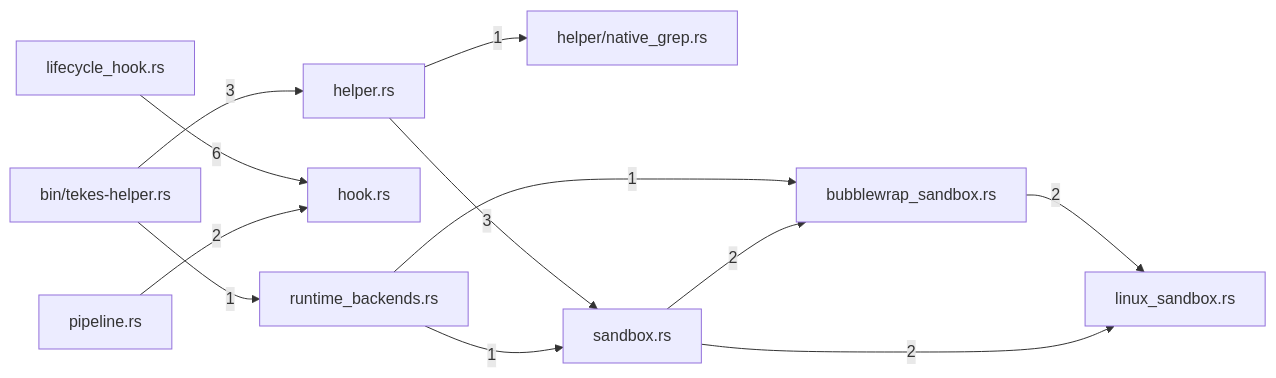
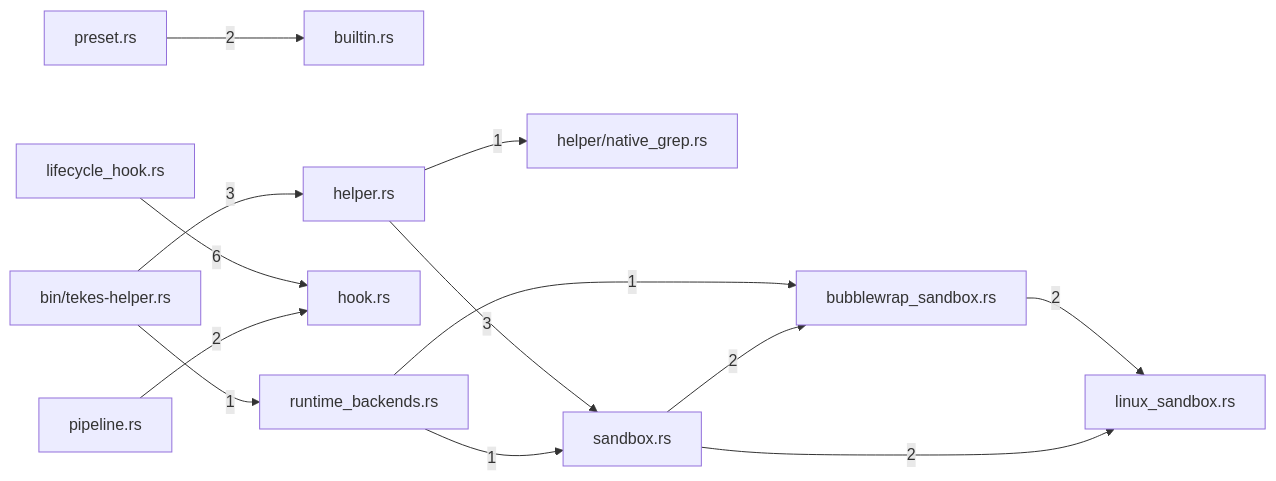
The diagram in crates/tools/docs/generated/index.md (TekesApps/TekesKernel), drawn with Mermaid before and after one commit. The commit also changed other lines of this file and 59 other files, not shown here.

````diff
--- a/crates/tools/docs/generated/index.md
+++ b/crates/tools/docs/generated/index.md
@@ -63,24 +63,27 @@
 ```mermaid
 flowchart LR
   m0["bin/tekes-helper.rs"]
   m1["bubblewrap_sandbox.rs"]
-  m2["helper.rs"]
-  m3["helper/native_grep.rs"]
-  m4["hook.rs"]
-  m5["lifecycle_hook.rs"]
-  m6["linux_sandbox.rs"]
-  m7["pipeline.rs"]
-  m8["runtime_backends.rs"]
-  m9["sandbox.rs"]
-  m0 -->|"3"| m2
-  m0 -->|"1"| m8
-  m1 -->|"2"| m6
-  m2 -->|"1"| m3
-  m2 -->|"3"| m9
-  m5 -->|"6"| m4
-  m7 -->|"2"| m4
-  m8 -->|"1"| m1
-  m8 -->|"1"| m9
-  m9 -->|"2"| m1
-  m9 -->|"2"| m6
+  m2["builtin.rs"]
+  m3["helper.rs"]
+  m4["helper/native_grep.rs"]
+  m5["hook.rs"]
+  m6["lifecycle_hook.rs"]
+  m7["linux_sandbox.rs"]
+  m8["pipeline.rs"]
+  m9["preset.rs"]
+  m10["runtime_backends.rs"]
+  m11["sandbox.rs"]
+  m0 -->|"3"| m3
+  m0 -->|"1"| m10
+  m1 -->|"2"| m7
+  m3 -->|"1"| m4
+  m3 -->|"3"| m11
+  m6 -->|"6"| m5
+  m8 -->|"2"| m5
+  m9 -->|"2"| m2
+  m10 -->|"1"| m1
+  m10 -->|"1"| m11
+  m11 -->|"2"| m1
+  m11 -->|"2"| m7
 ```
````
